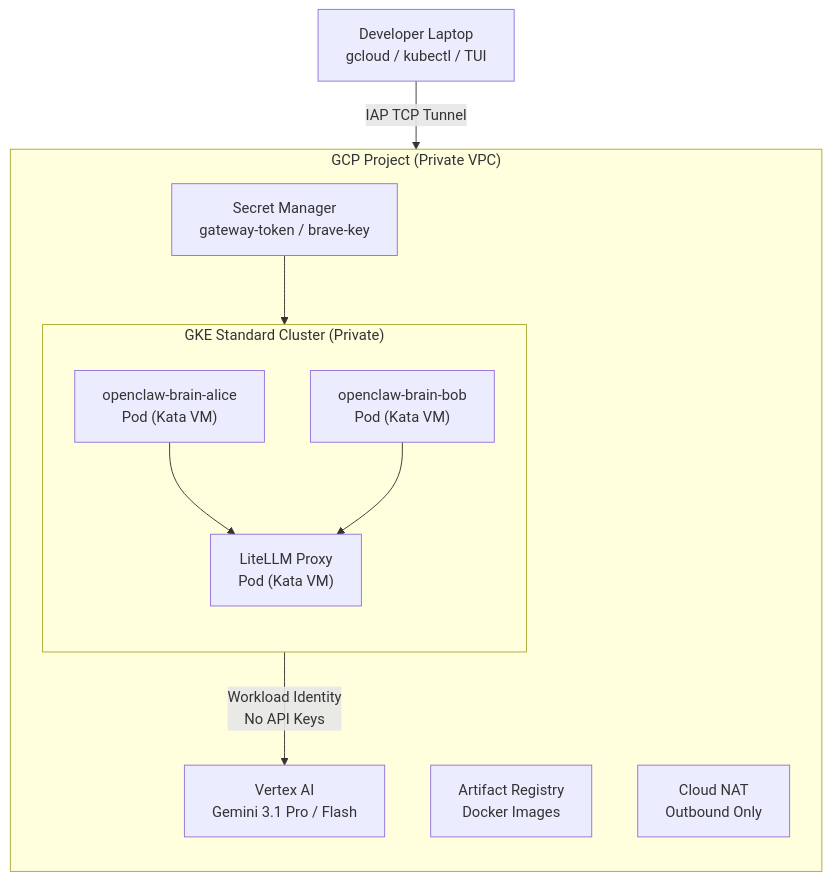
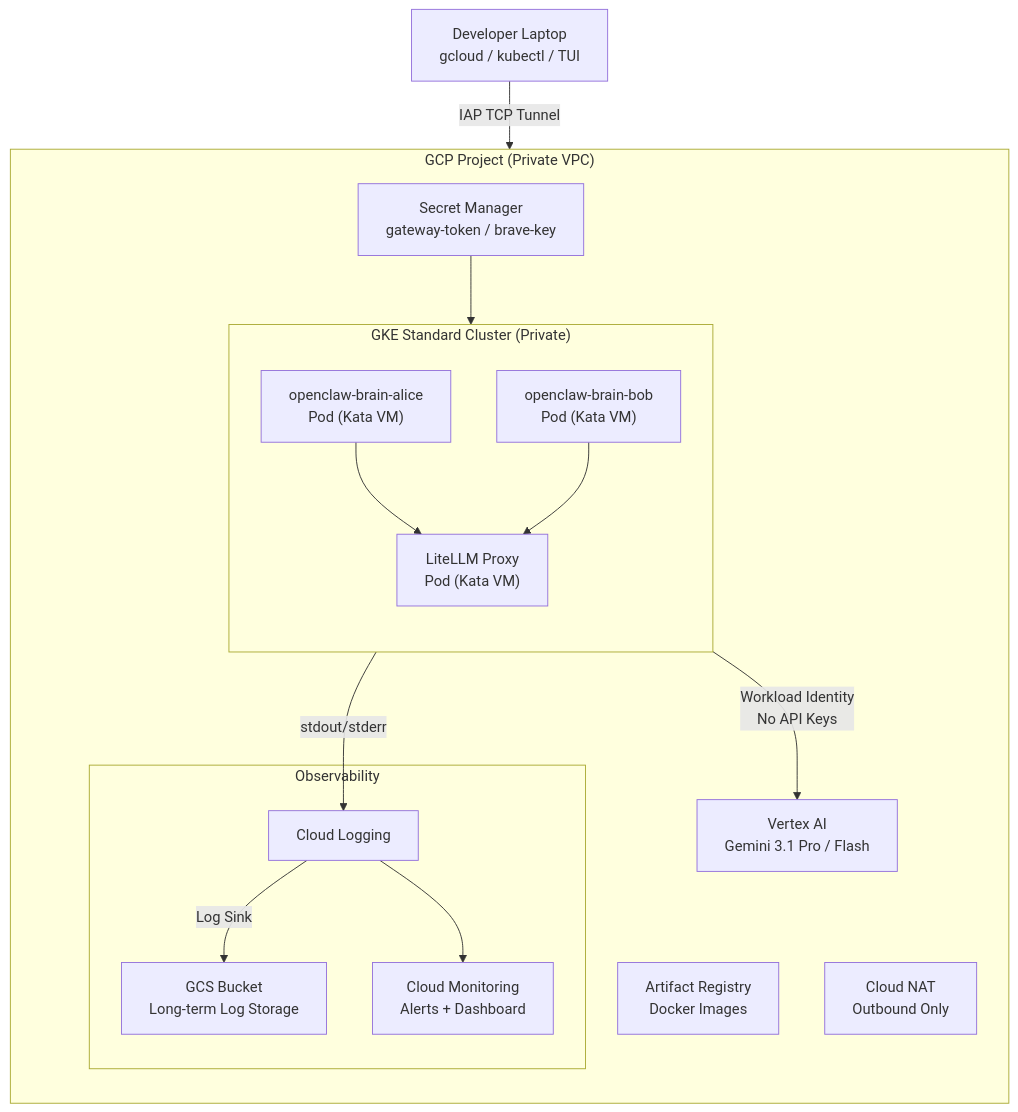
One commit to zken-cloud/openclaw-gke changed the first of 4 diagrams in README.md. Above: the diagram before and after it, drawn with Mermaid. The commit also changed other lines of this file, not shown here.

First line of the commit message:
Document observability stack in README with architecture diagrams

````diff
--- a/README.md
+++ b/README.md
@@ -26,26 +31,35 @@
 ```mermaid
 graph TD
     DEV["Developer Laptop<br/>gcloud / kubectl / TUI"]
     DEV -->|IAP TCP Tunnel| GCP
 
     subgraph GCP["GCP Project (Private VPC)"]
         direction TB
 
         subgraph GKE["GKE Standard Cluster (Private)"]
             direction TB
             ALICE_POD["openclaw-brain-alice<br/>Pod (Kata VM)"]
             BOB_POD["openclaw-brain-bob<br/>Pod (Kata VM)"]
             LITELLM["LiteLLM Proxy<br/>Pod (Kata VM)"]
             ALICE_POD --> LITELLM
             BOB_POD --> LITELLM
         end
 
         SM["Secret Manager<br/>gateway-token / brave-key"]
         AR["Artifact Registry<br/>Docker Images"]
         NAT["Cloud NAT<br/>Outbound Only"]
         VERTEX["Vertex AI<br/>Gemini 3.1 Pro / Flash"]
 
+        subgraph OBS["Observability"]
+            CL["Cloud Logging"]
+            CM["Cloud Monitoring<br/>Alerts + Dashboard"]
+            GCS["GCS Bucket<br/>Long-term Log Storage"]
+        end
+
         SM --> GKE
         LITELLM -->|Workload Identity<br/>No API Keys| VERTEX
+        GKE -->|stdout/stderr| CL
+        CL -->|Log Sink| GCS
+        CL --> CM
     end
 ```
````
